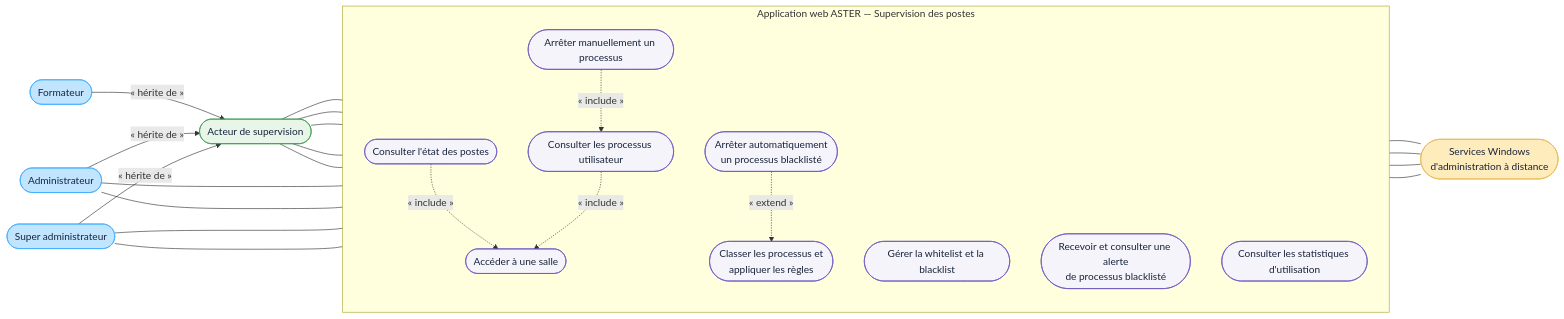
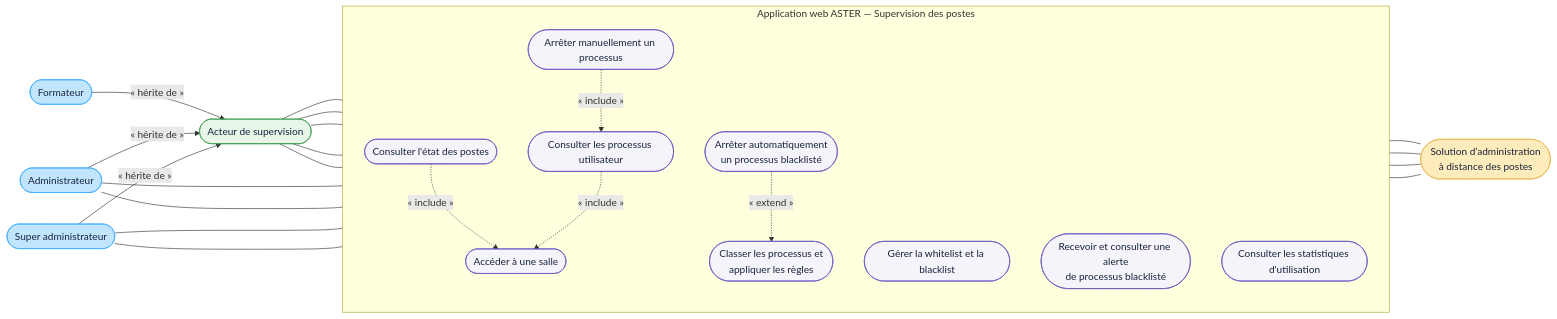
Before and after one commit to bpierrelouis/aster: the diagram in docs/10-DCU-SUPERVISION-POSTES.md, drawn with Mermaid. The commit also changed 12 other files, not shown here.

````diff
--- a/docs/10-DCU-SUPERVISION-POSTES.md
+++ b/docs/10-DCU-SUPERVISION-POSTES.md
@@ -3,55 +3,55 @@
 ```mermaid
 flowchart LR
     acteurSupervision(["Acteur de supervision"])
     formateur(["Formateur"])
     administrateur(["Administrateur"])
     superAdministrateur(["Super administrateur"])
 
     formateur -->|« hérite de »| acteurSupervision
     administrateur -->|« hérite de »| acteurSupervision
     superAdministrateur -->|« hérite de »| acteurSupervision
 
     subgraph aster["Application web ASTER — Supervision des postes"]
         direction TB
         accederSalle(["Accéder à une salle"])
         consulterEtat(["Consulter l'état des postes"])
         consulterProcessus(["Consulter les processus utilisateur"])
         arreterProcessus(["Arrêter manuellement un processus"])
         gererListes(["Gérer la whitelist et la blacklist"])
         appliquerRegles(["Classer les processus et<br/>appliquer les règles"])
         arreterInterdit(["Arrêter automatiquement<br/>un processus blacklisté"])
         consulterAlertes(["Recevoir et consulter une alerte<br/>de processus blacklisté"])
         consulterStatistiques(["Consulter les statistiques d'utilisation"])
     end
 
-    servicesWindows(["Services Windows<br/>d'administration à distance"])
+    administrationDistante(["Solution d’administration<br/>à distance des postes"])
 
     acteurSupervision --- accederSalle
     acteurSupervision --- consulterEtat
     acteurSupervision --- consulterProcessus
     acteurSupervision --- arreterProcessus
     acteurSupervision --- consulterAlertes
     administrateur --- gererListes
     administrateur --- consulterStatistiques
     superAdministrateur --- gererListes
     superAdministrateur --- consulterStatistiques
 
     consulterEtat -.->|« include »| accederSalle
     consulterProcessus -.->|« include »| accederSalle
     arreterProcessus -.->|« include »| consulterProcessus
     arreterInterdit -.->|« extend »| appliquerRegles
 
-    consulterEtat --- servicesWindows
-    consulterProcessus --- servicesWindows
-    arreterProcessus --- servicesWindows
-    appliquerRegles --- servicesWindows
+    consulterEtat --- administrationDistante
+    consulterProcessus --- administrationDistante
+    arreterProcessus --- administrationDistante
+    appliquerRegles --- administrationDistante
 
     classDef acteur fill:#C2E5FF,stroke:#3DADFF,color:#17243B
     classDef acteurGeneral fill:#E8F5E9,stroke:#3E9B4B,color:#17243B
     classDef acteurSecondaire fill:#FFECBD,stroke:#E8B84E,color:#17243B
     classDef cas fill:#F6F4FB,stroke:#6954C0,color:#17243B
     class formateur,administrateur,superAdministrateur acteur
     class acteurSupervision acteurGeneral
-    class servicesWindows acteurSecondaire
+    class administrationDistante acteurSecondaire
     class accederSalle,consulterEtat,consulterProcessus,arreterProcessus,gererListes,appliquerRegles,arreterInterdit,consulterAlertes,consulterStatistiques cas
 ```
````
